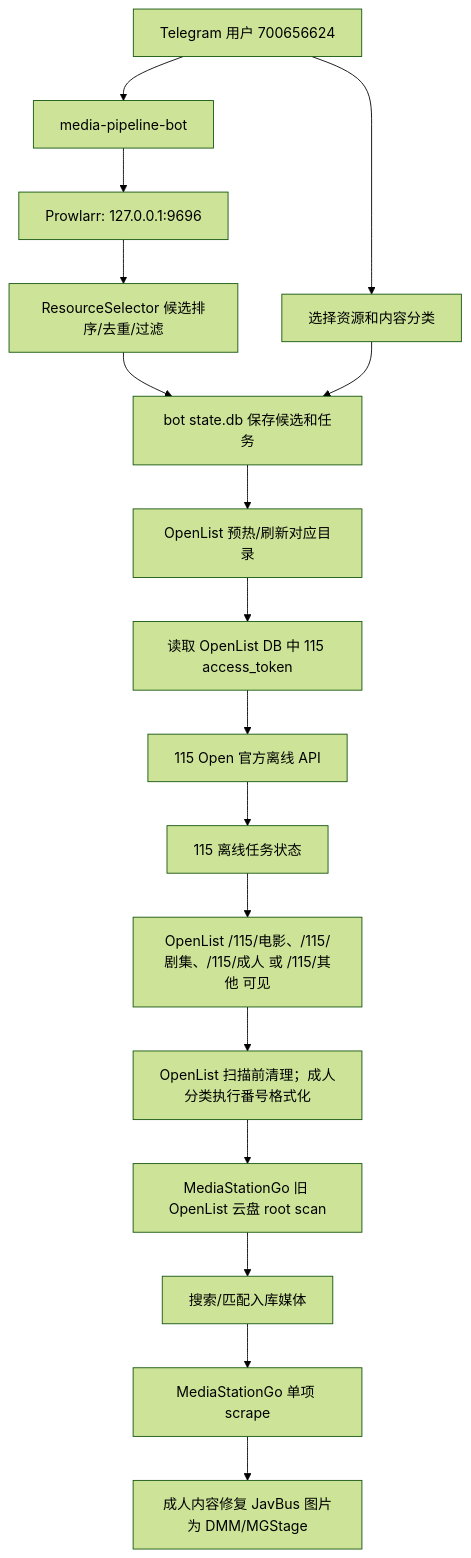
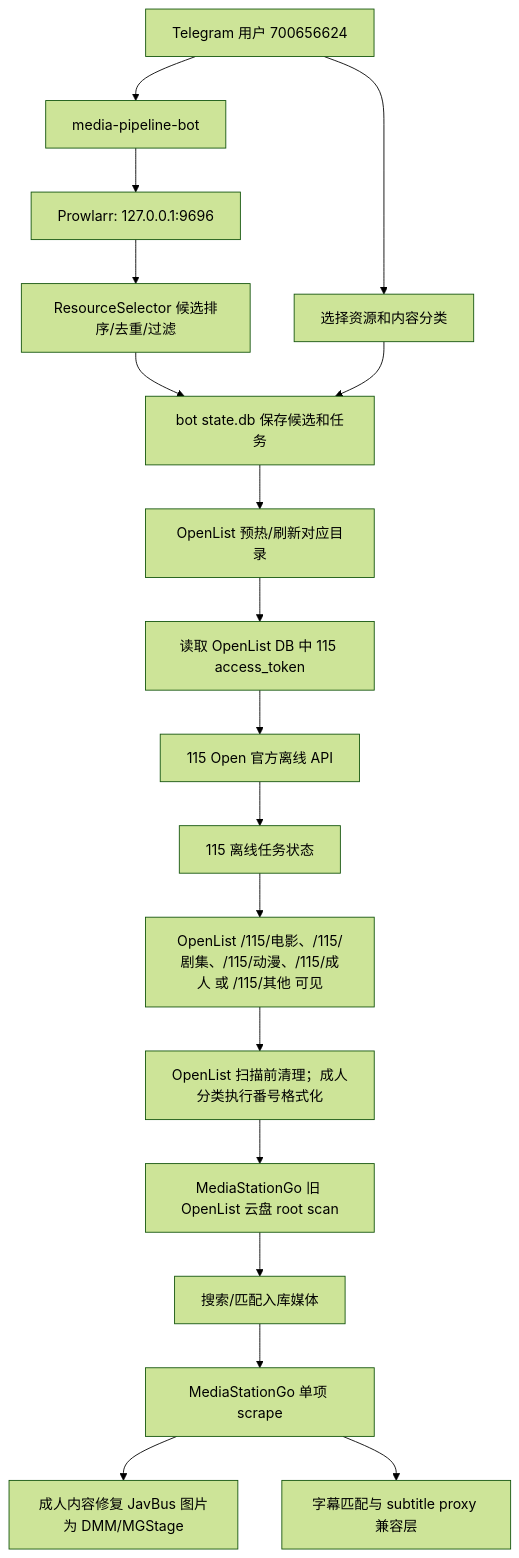
The diagram in docs/project-design-and-progress-2026-07-02.md (timefunnel/media-pipeline), drawn with Mermaid (forest theme) before and after one commit. The commit also changed other lines of this file and 3 other files, not shown here.

````diff
--- a/docs/project-design-and-progress-2026-07-02.md
+++ b/docs/project-design-and-progress-2026-07-02.md
@@ -47,19 +51,20 @@
 ```mermaid
 flowchart TD
     U["Telegram 用户 700656624"] --> B["media-pipeline-bot"]
     B --> P["Prowlarr: 127.0.0.1:9696"]
     P --> S["ResourceSelector 候选排序/去重/过滤"]
     S --> DB["bot state.db 保存候选和任务"]
     U --> C["选择资源和内容分类"]
     C --> DB
     DB --> W["OpenList 预热/刷新对应目录"]
     W --> T["读取 OpenList DB 中 115 access_token"]
     T --> O["115 Open 官方离线 API"]
     O --> Q["115 离线任务状态"]
-    Q --> L["OpenList /115/电影、/115/剧集、/115/成人 或 /115/其他 可见"]
+    Q --> L["OpenList /115/电影、/115/剧集、/115/动漫、/115/成人 或 /115/其他 可见"]
     L --> OC["OpenList 扫描前清理；成人分类执行番号格式化"]
     OC --> M["MediaStationGo 旧 OpenList 云盘 root scan"]
     M --> F["搜索/匹配入库媒体"]
     F --> R["MediaStationGo 单项 scrape"]
     R --> A["成人内容修复 JavBus 图片为 DMM/MGStage"]
+    R --> X["字幕匹配与 subtitle proxy 兼容层"]
 ```
````
